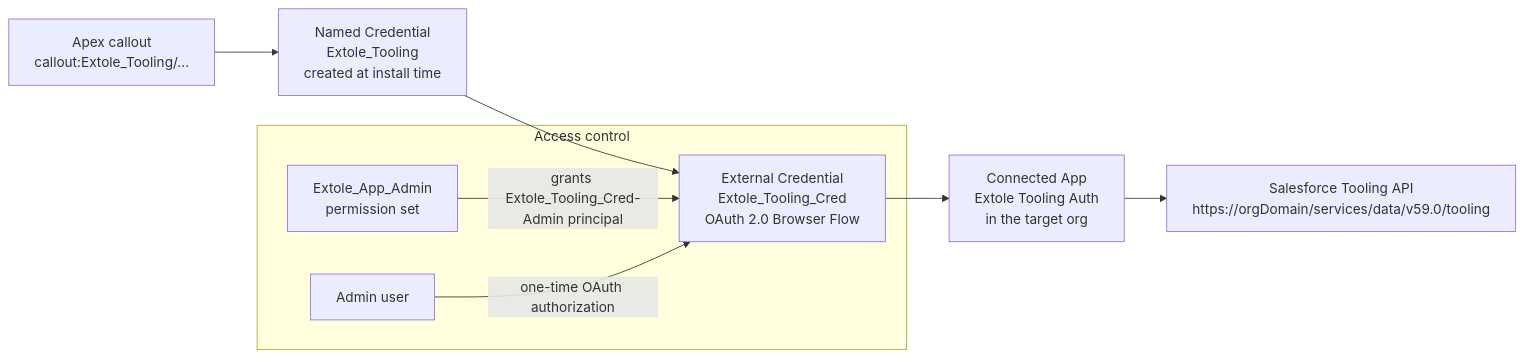
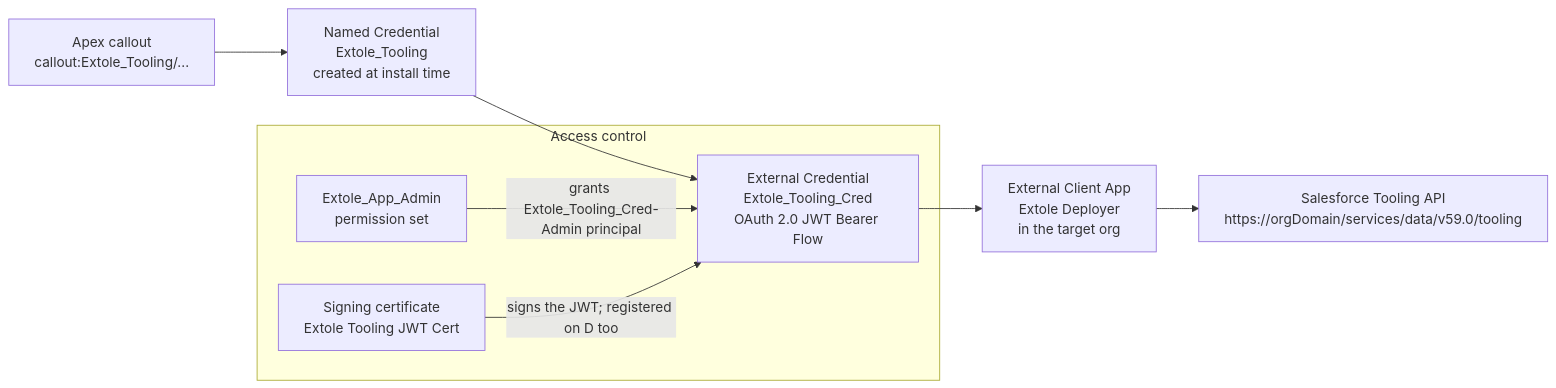
One commit to amsuro/extole-sfdc-app changed the second of 5 diagrams in ARCHITECTURE.md. Above: the diagram before and after it, drawn with Mermaid. The commit also changed other lines of this file and 3 other files, not shown here.

First line of the commit message:
Switch Tooling credential from Browser Flow to JWT Bearer Flow

````diff
--- a/ARCHITECTURE.md
+++ b/ARCHITECTURE.md
@@ -63,12 +63,12 @@
 ```mermaid
 flowchart LR
     A[Apex callout\ncallout:Extole_Tooling/...] --> B[Named Credential\nExtole_Tooling\ncreated at install time]
-    B --> C[External Credential\nExtole_Tooling_Cred\nOAuth 2.0 Browser Flow]
-    C --> D[Connected App\nExtole Tooling Auth\nin the target org]
+    B --> C[External Credential\nExtole_Tooling_Cred\nOAuth 2.0 JWT Bearer Flow]
+    C --> D[External Client App\nExtole Deployer\nin the target org]
     D --> E[Salesforce Tooling API\nhttps://orgDomain/services/data/v59.0/tooling]
 
     subgraph Access control
         F[Extole_App_Admin\npermission set] -->|grants Extole_Tooling_Cred-Admin principal| C
-        G[Admin user] -->|one-time OAuth authorization| C
+        G[Signing certificate\nExtole Tooling JWT Cert] -->|signs the JWT; registered on D too| C
     end
 ```
````
